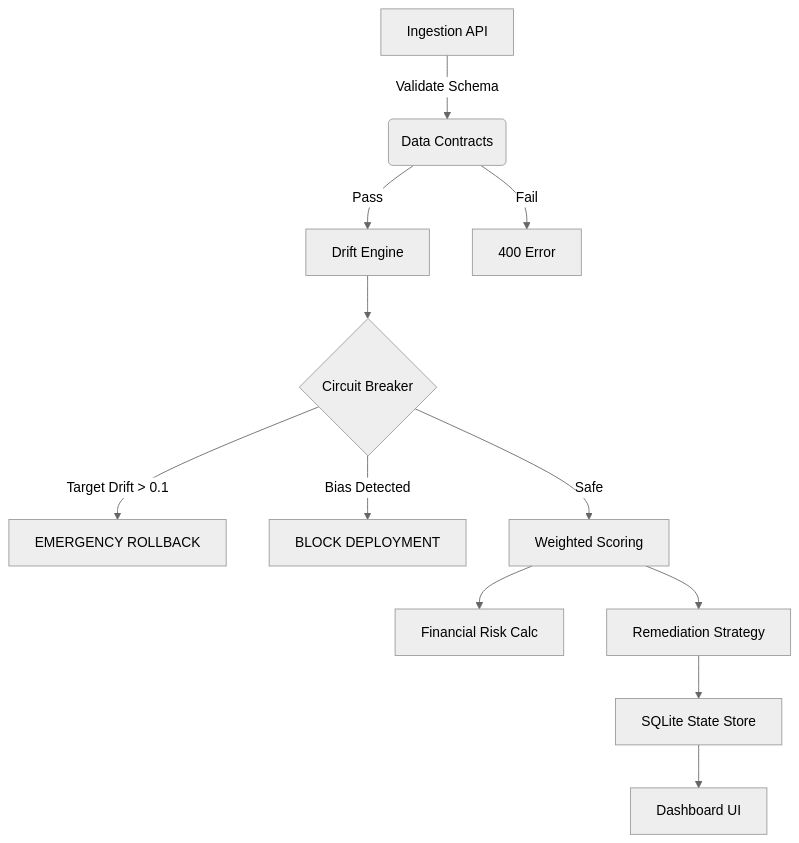
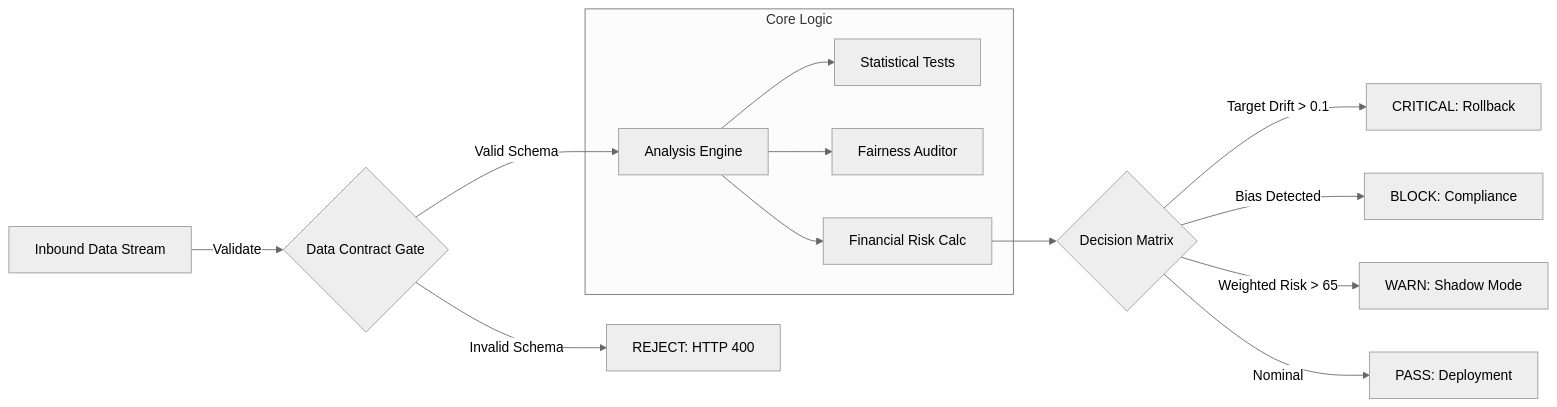
The diagram in README.md (SalmaTech-03/Ai-model-quality-analyzer), drawn with Mermaid (neutral theme) before and after one commit. The commit also changed other lines of this file, not shown here.

````diff
--- a/README.md
+++ b/README.md
@@ -72,17 +52,20 @@
 ```mermaid
-graph TD
-    A[Ingestion API] -->|Validate Schema| B(Data Contracts)
-    B -->|Pass| C[Drift Engine]
-    B -->|Fail| Z[400 Error]
+flowchart LR
+    A[Inbound Data Stream] -->|Validate| B{Data Contract Gate}
     
-    C --> D{Circuit Breaker}
-    D -->|Target Drift > 0.1| E[EMERGENCY ROLLBACK]
-    D -->|Bias Detected| F[BLOCK DEPLOYMENT]
-    D -->|Safe| G[Weighted Scoring]
+    B -- Invalid Schema --> C[REJECT: HTTP 400]
+    B -- Valid Schema --> D[Analysis Engine]
     
-    G --> H[Financial Risk Calc]
-    G --> I[Remediation Strategy]
+    subgraph Core Logic
+        D --> E[Statistical Tests]
+        D --> F[Fairness Auditor]
+        D --> G[Financial Risk Calc]
+    end
     
-    I --> J[SQLite State Store]
-    J --> K[Dashboard UI]
+    G --> H{Decision Matrix}
+    
+    H -- Target Drift > 0.1 --> I[CRITICAL: Rollback]
+    H -- Bias Detected --> J[BLOCK: Compliance]
+    H -- Weighted Risk > 65 --> K[WARN: Shadow Mode]
+    H -- Nominal --> L[PASS: Deployment]
 ```
````
